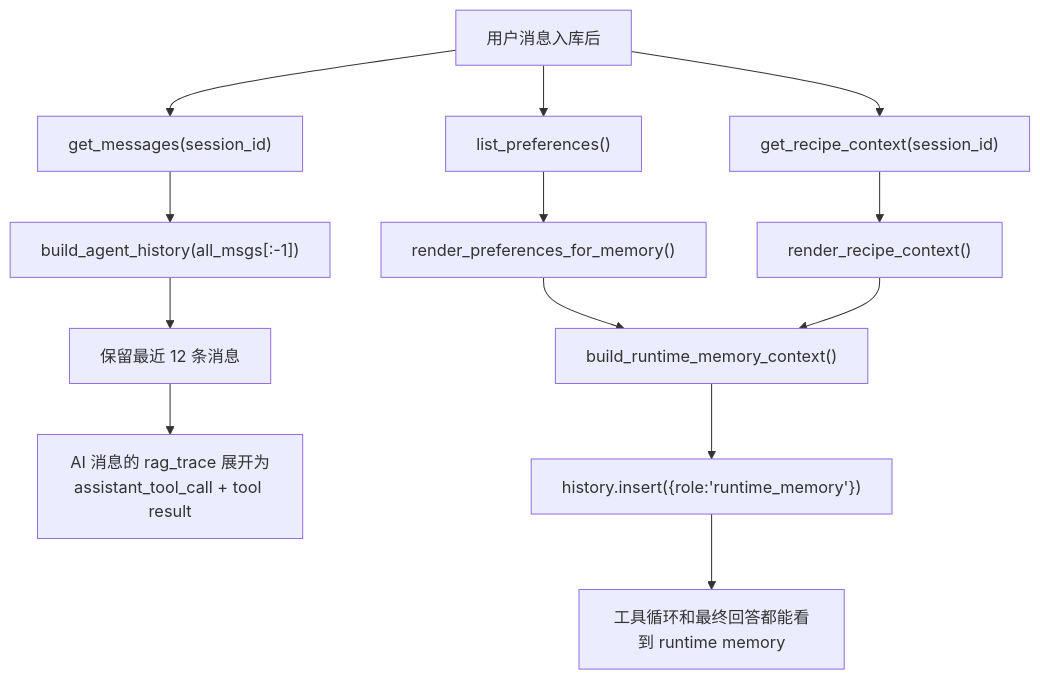
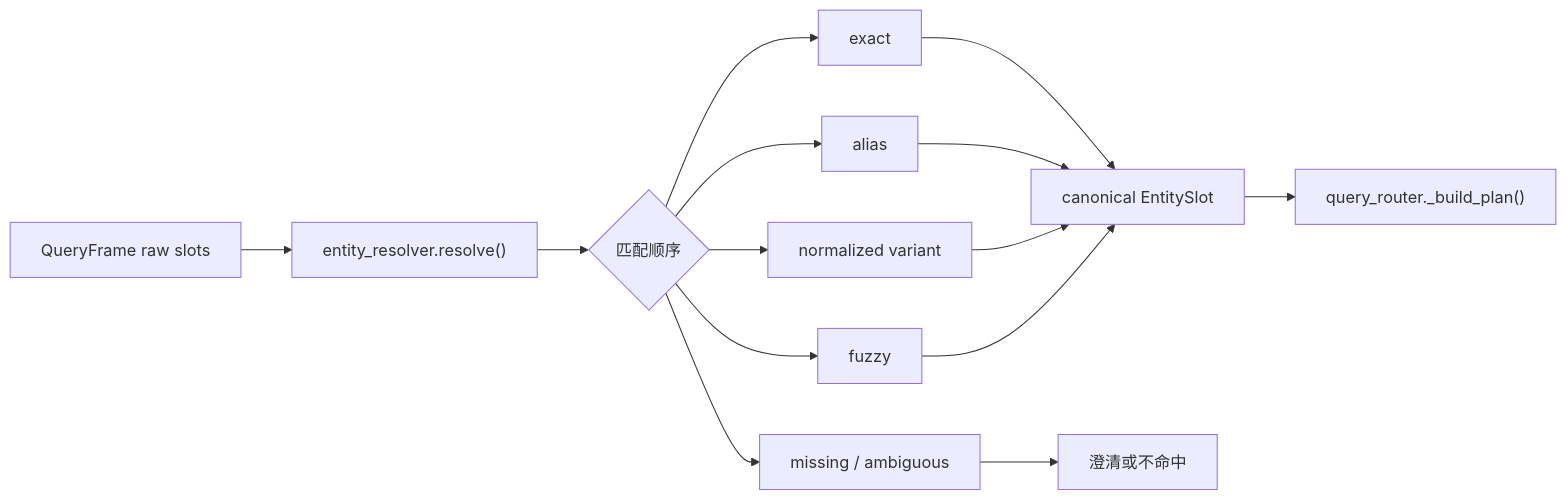
One commit to QDcvd/CookGraph changed the second of 3 diagrams in doc/USER_MESSAGE_CALL_CHAIN.md. Above: the diagram before and after it, drawn with Mermaid. The commit also changed other lines of this file and 52 other files, not shown here.

First line of the commit message:
V2 参数化工具调用重构 + 实体解析器 + query_router plan 流水线

````diff
--- a/doc/USER_MESSAGE_CALL_CHAIN.md
+++ b/doc/USER_MESSAGE_CALL_CHAIN.md
@@ -209,15 +75,16 @@
 ```mermaid
-flowchart TD
-    A["用户消息入库后"] --> B["get_messages(session_id)"]
-    B --> C["build_agent_history(all_msgs[:-1])"]
-    C --> D["保留最近 12 条消息"]
-    D --> E["AI 消息的 rag_trace 展开为<br/>assistant_tool_call + tool result"]
-    A --> F["list_preferences()"]
-    A --> G["get_recipe_context(session_id)"]
-    F --> H["render_preferences_for_memory()"]
-    G --> I["render_recipe_context()"]
-    H --> J["build_runtime_memory_context()"]
-    I --> J
-    J --> K["history.insert({role:'runtime_memory'})"]
-    K --> L["工具循环和最终回答都能看到 runtime memory"]
+flowchart LR
+    A["QueryFrame raw slots"] --> B["entity_resolver.resolve()"]
+    B --> C{"匹配顺序"}
+    C --> D["exact"]
+    C --> E["alias"]
+    C --> F["normalized variant"]
+    C --> G["fuzzy"]
+    C --> H["missing / ambiguous"]
+    D --> I["canonical EntitySlot"]
+    E --> I
+    F --> I
+    G --> I
+    H --> J["澄清或不命中"]
+    I --> K["query_router._build_plan()"]
 ```
````
